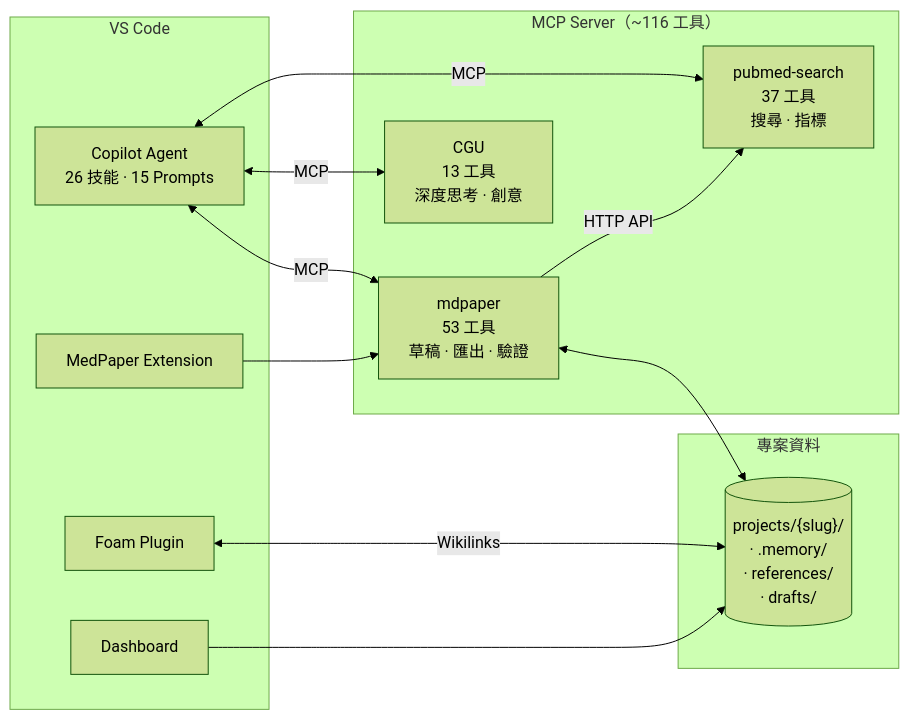
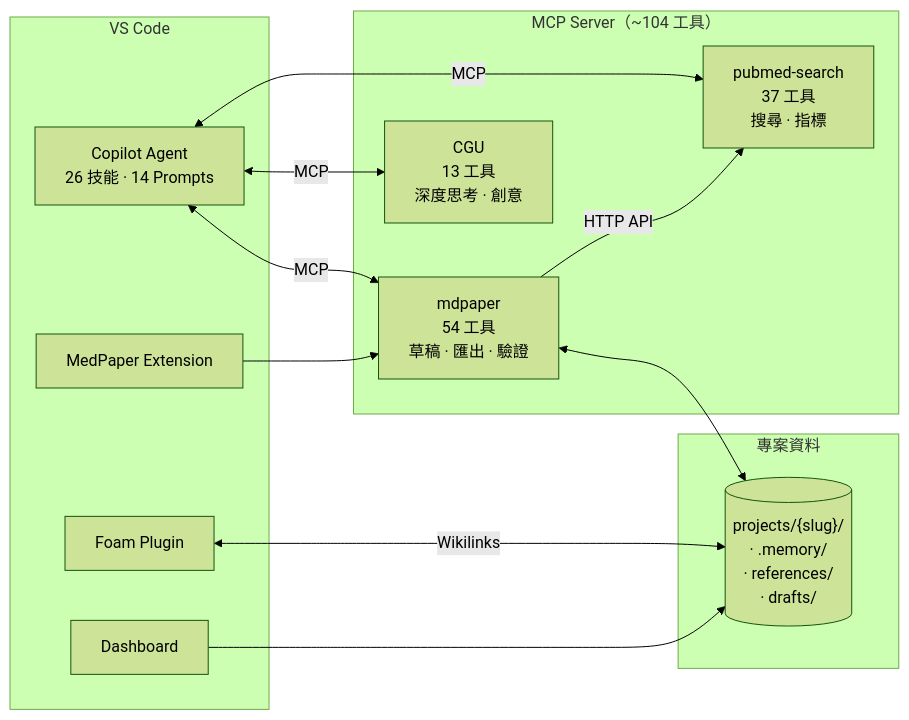
One commit to u9401066/med-paper-assistant changed the diagram in README.zh-TW.md. Above: the diagram before and after it, drawn with Mermaid (forest theme). The commit also changed other lines of this file and 6 other files, not shown here.

````diff
--- a/README.zh-TW.md
+++ b/README.zh-TW.md
@@ -40,28 +40,28 @@
 ```mermaid
 flowchart LR
     subgraph IDE["VS Code"]
-        Agent["Copilot Agent<br/>26 技能 · 15 Prompts"]
+        Agent["Copilot Agent<br/>26 技能 · 14 Prompts"]
         Foam[Foam Plugin]
         Ext[MedPaper Extension]
         Dash[Dashboard]
     end
 
-    subgraph MCP["MCP Server（~116 工具）"]
-        mdpaper["mdpaper<br/>53 工具<br/>草稿 · 匯出 · 驗證"]
+    subgraph MCP["MCP Server（~104 工具）"]
+        mdpaper["mdpaper<br/>54 工具<br/>草稿 · 匯出 · 驗證"]
         pubmed["pubmed-search<br/>37 工具<br/>搜尋 · 指標"]
         cgu["CGU<br/>13 工具<br/>深度思考 · 創意"]
     end
 
     subgraph Data["專案資料"]
         proj[("projects/{slug}/<br/>· .memory/<br/>· references/<br/>· drafts/")]
     end
 
     Agent <-->|MCP| mdpaper
     Agent <-->|MCP| pubmed
     Agent <-->|MCP| cgu
     mdpaper -->|HTTP API| pubmed
     Foam <-->|Wikilinks| proj
     mdpaper <--> proj
     Ext --> mdpaper
     Dash --> proj
 ```
````
